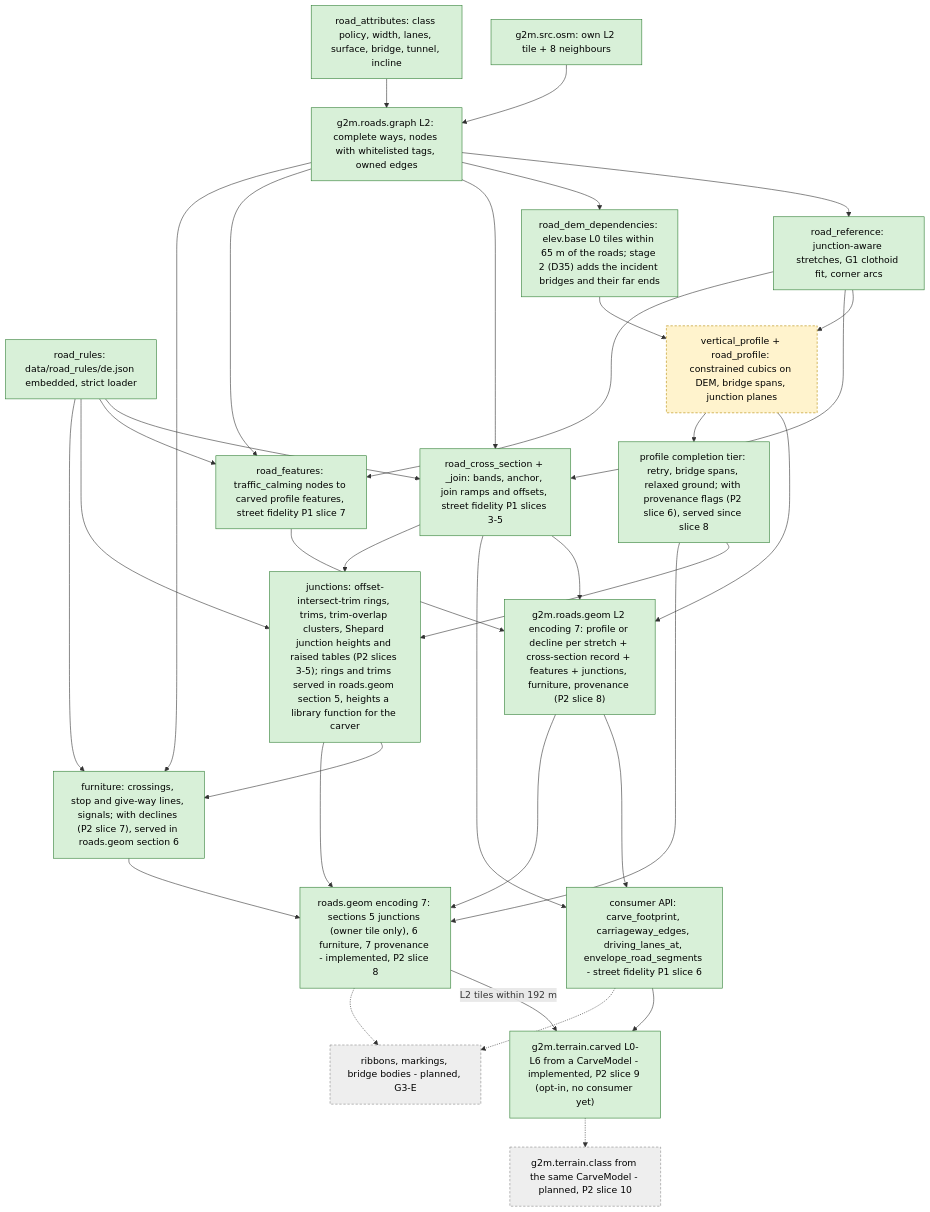
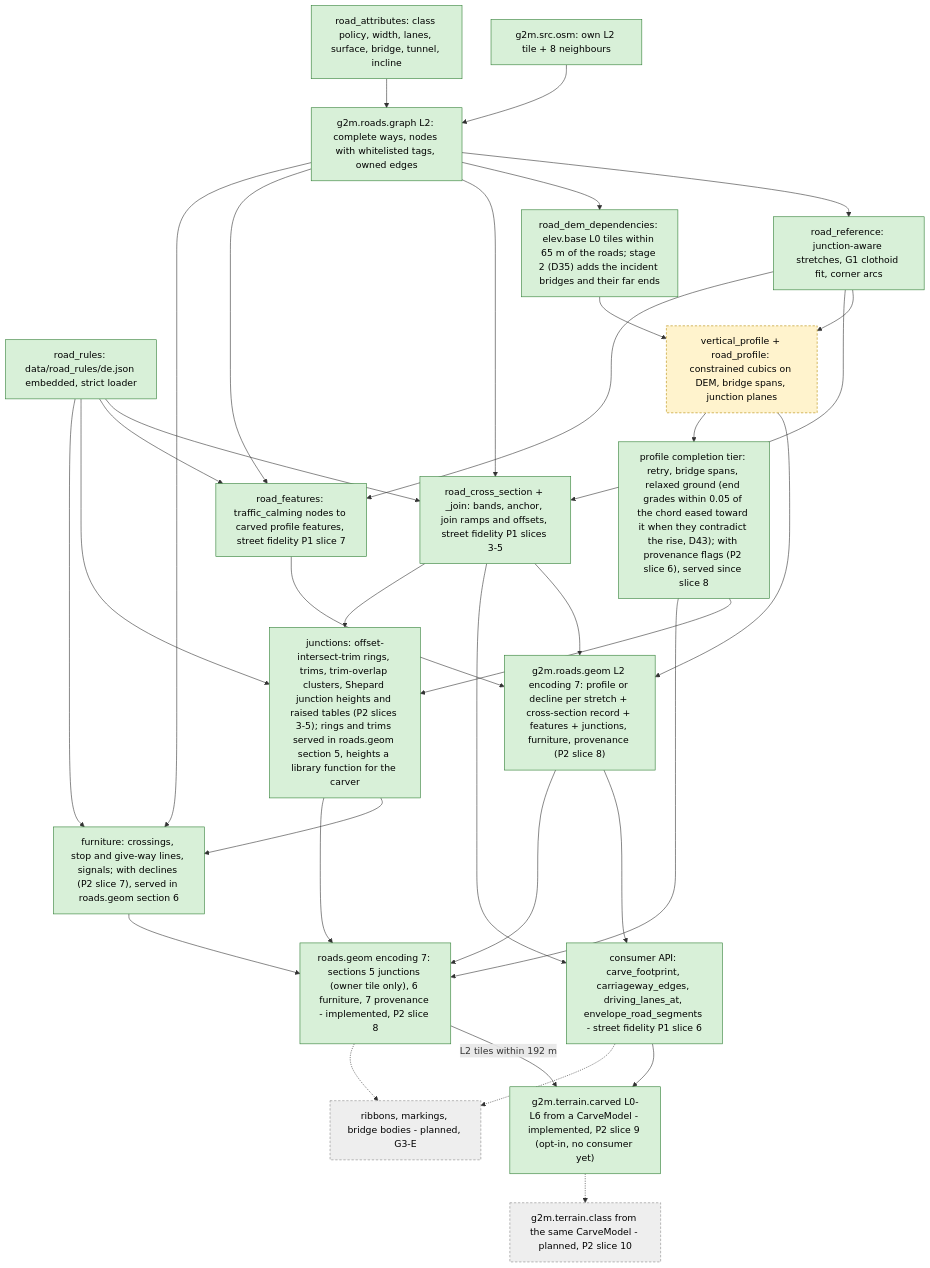
Before and after one commit to SebastianDanielFrenz/geo2map_engine: the diagram in docs/pipeline/roads.md, drawn with Mermaid. The commit also changed 10 other files, not shown here.

First line of the commit message:
D43: ground completion eases contradicting end grades toward the chord

````diff
--- a/docs/pipeline/roads.md
+++ b/docs/pipeline/roads.md
@@ -7,58 +7,58 @@
 ```mermaid
 flowchart TD
   OSM9["g2m.src.osm: own L2 tile + 8 neighbours"]
   ATTR["road_attributes: class policy, width, lanes, surface, bridge, tunnel, incline"]
   GRAPH["g2m.roads.graph L2: complete ways, nodes with whitelisted tags, owned edges"]
   RULES["road_rules: data/road_rules/de.json embedded, strict loader"]
   XS["road_cross_section + _join: bands, anchor, join ramps and offsets, street fidelity P1 slices 3-5"]
   API["consumer API: carve_footprint, carriageway_edges, driving_lanes_at, envelope_road_segments - street fidelity P1 slice 6"]
   REF["road_reference: junction-aware stretches, G1 clothoid fit, corner arcs"]
   DEMDEP["road_dem_dependencies: elev.base L0 tiles within 65 m of the roads; stage 2 (D35) adds the incident bridges and their far ends"]
   PROF["vertical_profile + road_profile: constrained cubics on DEM, bridge spans, junction planes"]
   FEAT["road_features: traffic_calming nodes to carved profile features, street fidelity P1 slice 7"]
   GEOM["g2m.roads.geom L2 encoding 7: profile or decline per stretch + cross-section record + features + junctions, furniture, provenance (P2 slice 8)"]
-  COMPL["profile completion tier: retry, bridge spans, relaxed ground; with provenance flags (P2 slice 6), served since slice 8"]
+  COMPL["profile completion tier: retry, bridge spans, relaxed ground (end grades within 0.05 of the chord eased toward it when they contradict the rise, D43); with provenance flags (P2 slice 6), served since slice 8"]
   JUNC["junctions: offset-intersect-trim rings, trims, trim-overlap clusters, Shepard junction heights and raised tables (P2 slices 3-5); rings and trims served in roads.geom section 5, heights a library function for the carver"]
   FURN["furniture: crossings, stop and give-way lines, signals; with declines (P2 slice 7), served in roads.geom section 6"]
   GEOM7["roads.geom encoding 7: sections 5 junctions (owner tile only), 6 furniture, 7 provenance - implemented, P2 slice 8"]
   CARVE["g2m.terrain.carved L0-L6 from a CarveModel - implemented, P2 slice 9 (opt-in, no consumer yet)"]
   CLASSL["g2m.terrain.class from the same CarveModel - planned, P2 slice 10"]
   RIB["ribbons, markings, bridge bodies - planned, G3-E"]
   OSM9 --> GRAPH
   ATTR --> GRAPH
   GRAPH --> REF --> PROF
   GRAPH --> DEMDEP --> PROF
   RULES --> XS
   GRAPH --> XS
   REF --> XS
   XS --> GEOM
   GRAPH --> FEAT
   REF --> FEAT
   RULES --> FEAT
   FEAT --> GEOM
   PROF --> GEOM
   XS --> API
   GEOM --> API
   PROF --> COMPL
   COMPL --> JUNC
   XS --> JUNC
   RULES --> JUNC
   JUNC --> FURN
   GRAPH --> FURN
   RULES --> FURN
   COMPL --> GEOM7
   JUNC --> GEOM7
   FURN --> GEOM7
   GEOM --> GEOM7
   GEOM7 -->|"L2 tiles within 192 m"| CARVE
   API --> CARVE
   CARVE -.-> CLASSL
   API -.-> RIB
   GEOM7 -.-> RIB
   classDef done fill:#d8f0d8,stroke:#2e7d32,color:#000;
   classDef part fill:#fff3cd,stroke:#b58900,stroke-dasharray:4 3,color:#000;
   classDef plan fill:#eeeeee,stroke:#888888,stroke-dasharray:4 3,color:#000;
   class OSM9,ATTR,GRAPH,REF,DEMDEP,GEOM,RULES,XS,API,FEAT,COMPL,JUNC,FURN,GEOM7,CARVE done;
   class PROF part;
   class CLASSL,RIB plan;
 ```
````
